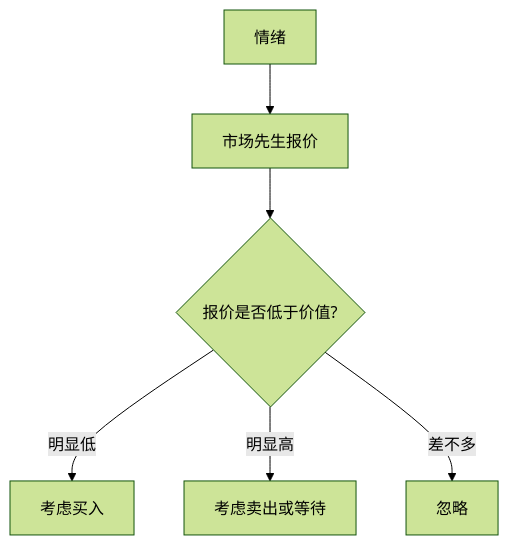
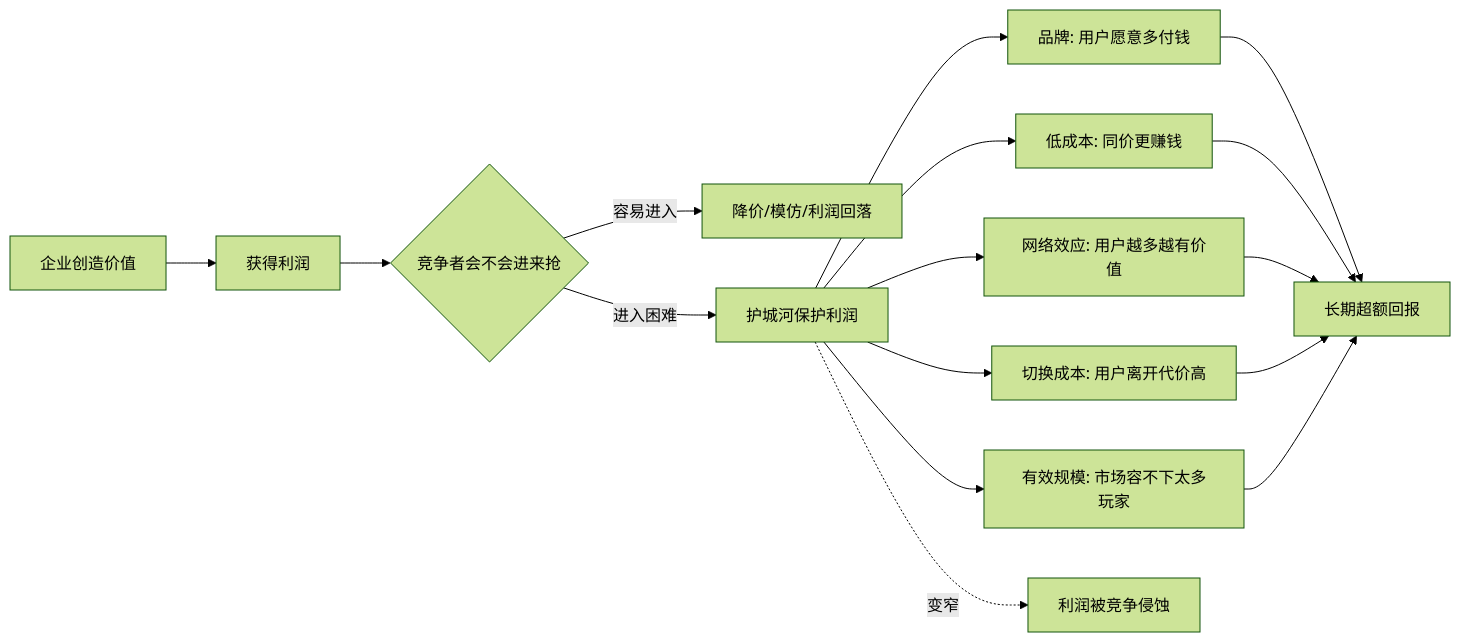
Before and after one commit to digoal/blog: the diagram in 202605/20260519_11.md, drawn with Mermaid (forest theme). The commit also changed other lines of this file and 51 other files, not shown here.

````diff
--- a/202605/20260519_11.md
+++ b/202605/20260519_11.md
@@ -22,8 +24,21 @@
 ```mermaid
-flowchart TD
-  A["市场先生报价"] --> B{"报价是否低于价值?"}
-  B -- "明显低" --> C["考虑买入"]
-  B -- "明显高" --> D["考虑卖出或等待"]
-  B -- "差不多" --> E["忽略"]
-  F["情绪"] --> A
+flowchart LR
+  A["企业创造价值"] --> B["获得利润"]
+  B --> C{"竞争者会不会进来抢"}
+  C -- "容易进入" --> D["降价/模仿/利润回落"]
+  C -- "进入困难" --> E["护城河保护利润"]
+
+  E --> F["品牌: 用户愿意多付钱"]
+  E --> G["低成本: 同价更赚钱"]
+  E --> H["网络效应: 用户越多越有价值"]
+  E --> I["切换成本: 用户离开代价高"]
+  E --> J["有效规模: 市场容不下太多玩家"]
+
+  F --> K["长期超额回报"]
+  G --> K
+  H --> K
+  I --> K
+  J --> K
+
+  E -. "变窄" .-> L["利润被竞争侵蚀"]
 ```
````
